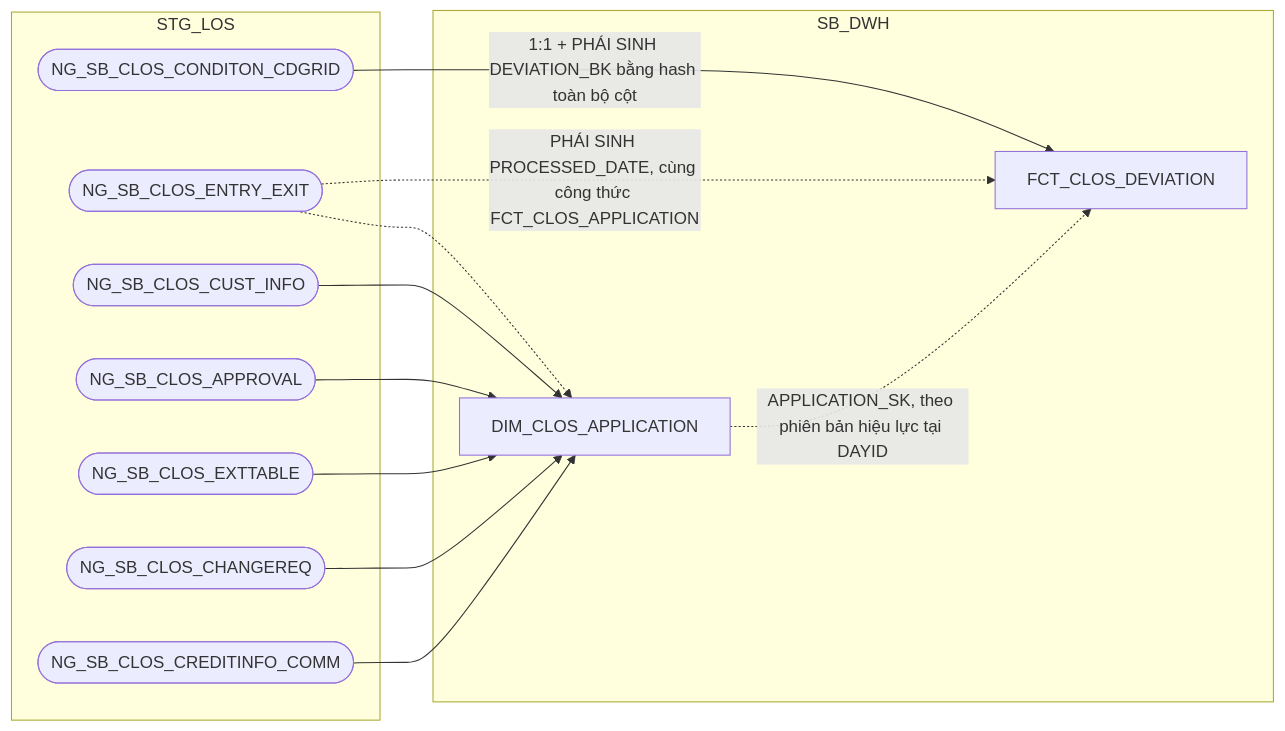
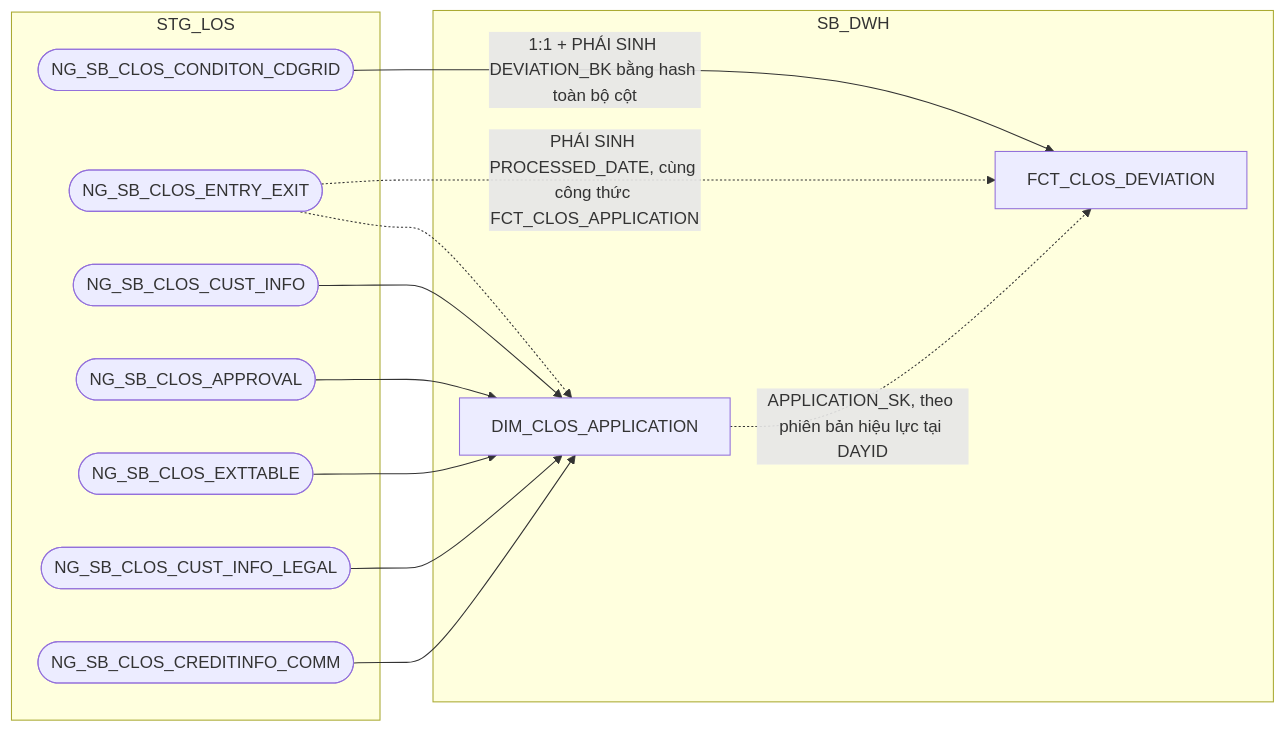
One commit to chien1198/sb-mapping-gen changed the fourth of 14 diagrams in hld/hld_review/HLD_FCT_SB_DWH_review.md. Above: the diagram before and after it, drawn with Mermaid. The commit also changed other lines of this file and 10 other files, not shown here.

````diff
--- a/hld/hld_review/HLD_FCT_SB_DWH_review.md
+++ b/hld/hld_review/HLD_FCT_SB_DWH_review.md
@@ -263,25 +263,25 @@
 ```mermaid
 flowchart LR
     subgraph STG_LOS
         A(["NG_SB_CLOS_CONDITON_CDGRID"])
         E(["NG_SB_CLOS_ENTRY_EXIT"])
         H(["NG_SB_CLOS_CUST_INFO"])
         I(["NG_SB_CLOS_APPROVAL"])
         J(["NG_SB_CLOS_EXTTABLE"])
-        K(["NG_SB_CLOS_CHANGEREQ"])
+        K(["NG_SB_CLOS_CUST_INFO_LEGAL"])
         L(["NG_SB_CLOS_CREDITINFO_COMM"])
     end
     subgraph SB_DWH
         D["DIM_CLOS_APPLICATION"]
         C["FCT_CLOS_DEVIATION"]
     end
     A -->|1:1 + PHÁI SINH DEVIATION_BK bằng hash toàn bộ cột| C
     D -.->|APPLICATION_SK, theo phiên bản hiệu lực tại DAYID| C
     E -.->|PHÁI SINH PROCESSED_DATE, cùng công thức FCT_CLOS_APPLICATION| C
     H --> D
     I --> D
     J --> D
     K --> D
     E -.-> D
     L --> D
 ```
````
